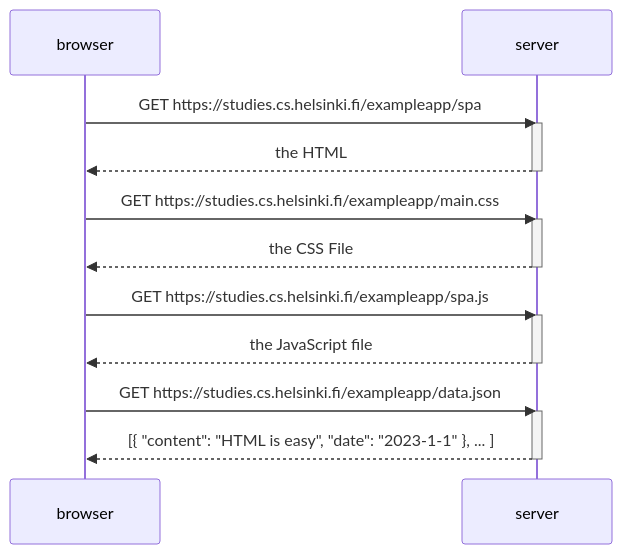
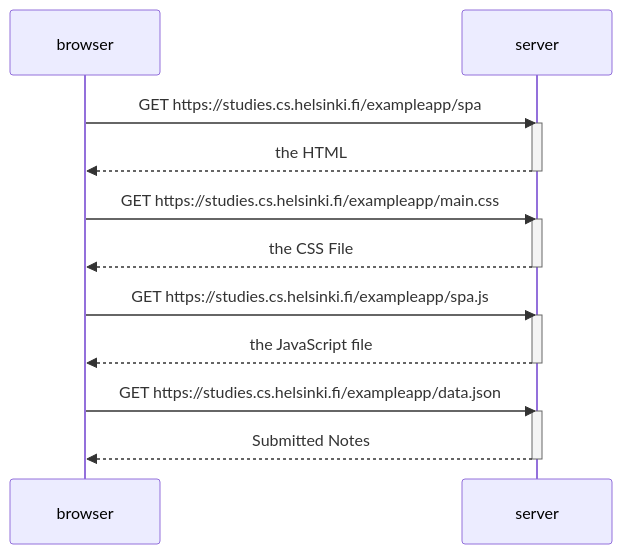
The diagram in 0.5tehtävä.md (sebastiancentria/fullstack0), drawn with Mermaid before and after one commit.

````diff
--- a/0.5tehtävä.md
+++ b/0.5tehtävä.md
@@ -1,26 +1,26 @@
 ```mermaid
 sequenceDiagram
     participant browser
     participant server
     
     browser->>server: GET https://studies.cs.helsinki.fi/exampleapp/spa
     activate server
     server-->>browser: the HTML
     deactivate server
 
    browser->>server: GET https://studies.cs.helsinki.fi/exampleapp/main.css
     activate server
     server-->>browser: the CSS File
     deactivate server
 
    browser->>server: GET https://studies.cs.helsinki.fi/exampleapp/spa.js
     activate server
     server-->>browser: the JavaScript file
     deactivate server
     
     browser->>server: GET https://studies.cs.helsinki.fi/exampleapp/data.json
     activate server
-    server-->>browser: [{ "content": "HTML is easy", "date": "2023-1-1" }, ... ]
+    server-->>browser: Submitted Notes
     deactivate server
 
 ```
````
